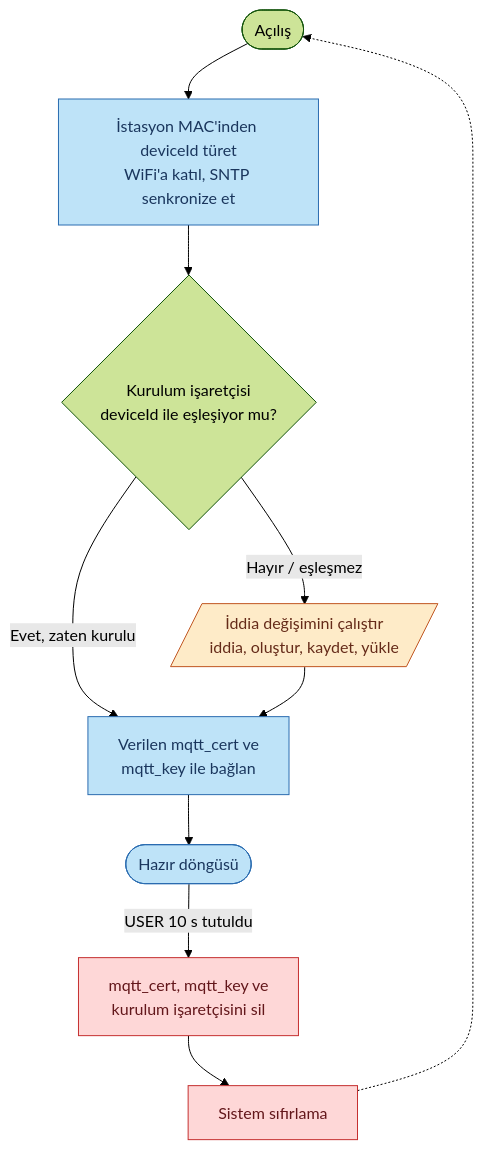
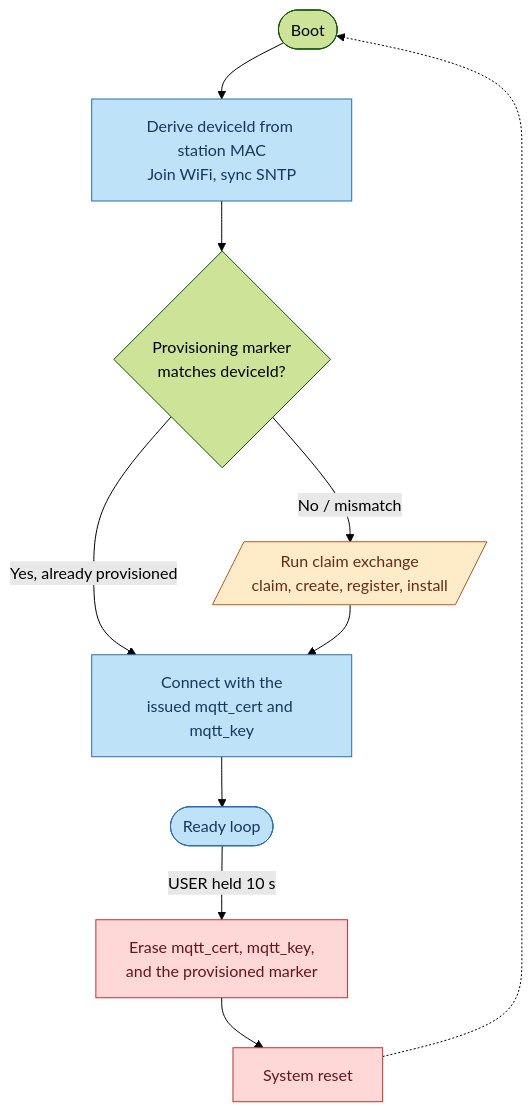
The first of 2 diagrams in docs-tr/Tiremo_Cloud/Feature_Tutorials/03-Fleet_Provisioning_By_Claim/README.md (Empa-Electronics/Tiremo-Cortex-Tutorials), drawn with Mermaid (forest theme) before and after one commit. The commit also changed other lines of this file and 50 other files, not shown here.

````diff
--- a/docs-tr/Tiremo_Cloud/Feature_Tutorials/03-Fleet_Provisioning_By_Claim/README.md
+++ b/docs-tr/Tiremo_Cloud/Feature_Tutorials/03-Fleet_Provisioning_By_Claim/README.md
@@ -43,19 +46,19 @@
 ```mermaid
 flowchart TD
-    A([Açılış]) --> B[İstasyon MAC'inden deviceId türet<br/>WiFi'a katıl, SNTP senkronize et]
-    B --> C{Kurulum işaretçisi<br/>deviceId ile eşleşiyor mu?}
-    C -->|Hayır / eşleşmez| D[/İddia değişimini çalıştır<br/>iddia, oluştur, kaydet, yükle/]
-    C -->|Evet, zaten kurulu| E[Verilen mqtt_cert ve<br/>mqtt_key ile bağlan]
+    A([Boot]) --> B[Derive deviceId from station MAC<br/>Join WiFi, sync SNTP]
+    B --> C{Provisioning marker<br/>matches deviceId?}
+    C -->|No / mismatch| D[/Run claim exchange<br/>claim, create, register, install/]
+    C -->|Yes, already provisioned| E[Connect with the<br/>issued mqtt_cert and mqtt_key]
     D --> E
-    E --> F([Hazır döngüsü])
-    F -->|USER 10 s tutuldu| G[mqtt_cert, mqtt_key ve<br/>kurulum işaretçisini sil]
-    G --> H[Sistem sıfırlama]
+    E --> F([Ready loop])
+    F -->|USER held 10 s| G[Erase mqtt_cert, mqtt_key,<br/>and the provisioned marker]
+    G --> H[System reset]
     H -.-> A
 
     classDef normal fill:#bee3f8,stroke:#2b6cb0,color:#1a365d,stroke-width:1px
     classDef claim fill:#feebc8,stroke:#c05621,color:#652b19,stroke-width:1px
     classDef reset fill:#fed7d7,stroke:#c53030,color:#63171b,stroke-width:1px
     class B,E,F normal
     class D claim
     class G,H reset
 ```
````
